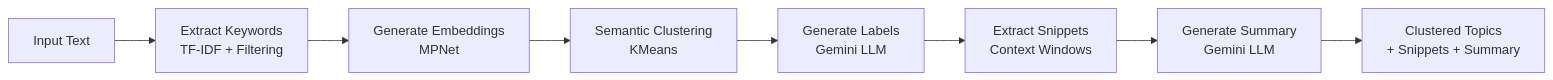
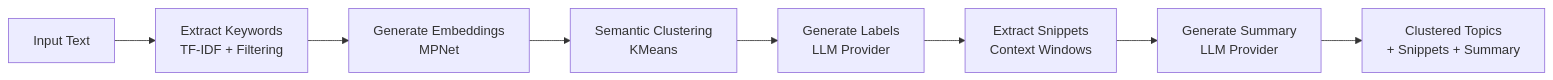
One commit to JustaKris/Donald-Trump-Rally-Speeches-NLP changed the third of 14 diagrams in docs/reference/architecture.md. Above: the diagram before and after it, drawn with Mermaid. The commit also changed other lines of this file and 8 other files, not shown here.

````diff
--- a/docs/reference/architecture.md
+++ b/docs/reference/architecture.md
@@ -251,10 +341,10 @@
 ```mermaid
 graph LR
     Text[Input Text] --> Extract[Extract Keywords<br/>TF-IDF + Filtering]
     Extract --> Embed[Generate Embeddings<br/>MPNet]
     Embed --> Cluster[Semantic Clustering<br/>KMeans]
-    Cluster --> Label[Generate Labels<br/>Gemini LLM]
+    Cluster --> Label[Generate Labels<br/>LLM Provider]
     Label --> Snippets[Extract Snippets<br/>Context Windows]
-    Snippets --> Summary[Generate Summary<br/>Gemini LLM]
+    Snippets --> Summary[Generate Summary<br/>LLM Provider]
     Summary --> Output[Clustered Topics<br/>+ Snippets + Summary]
 ```
````
